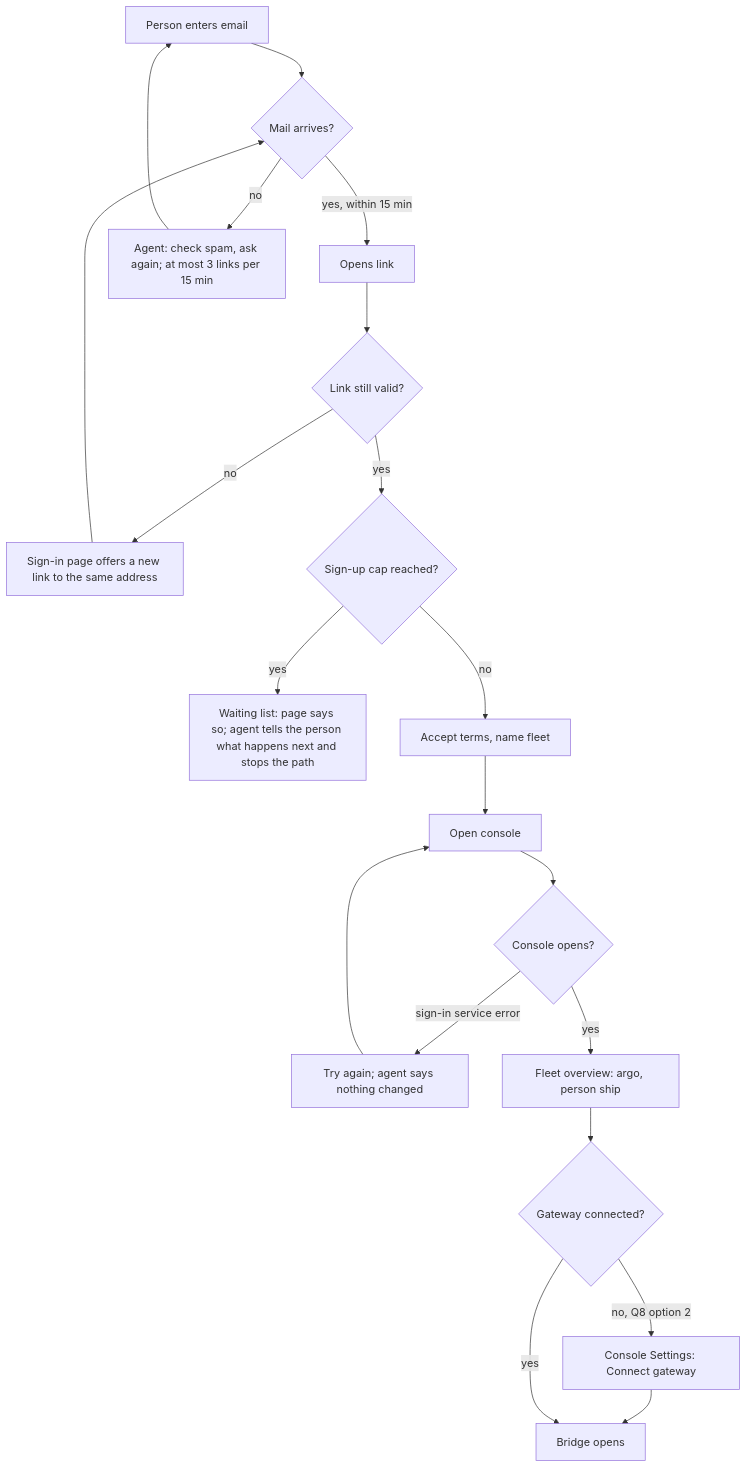
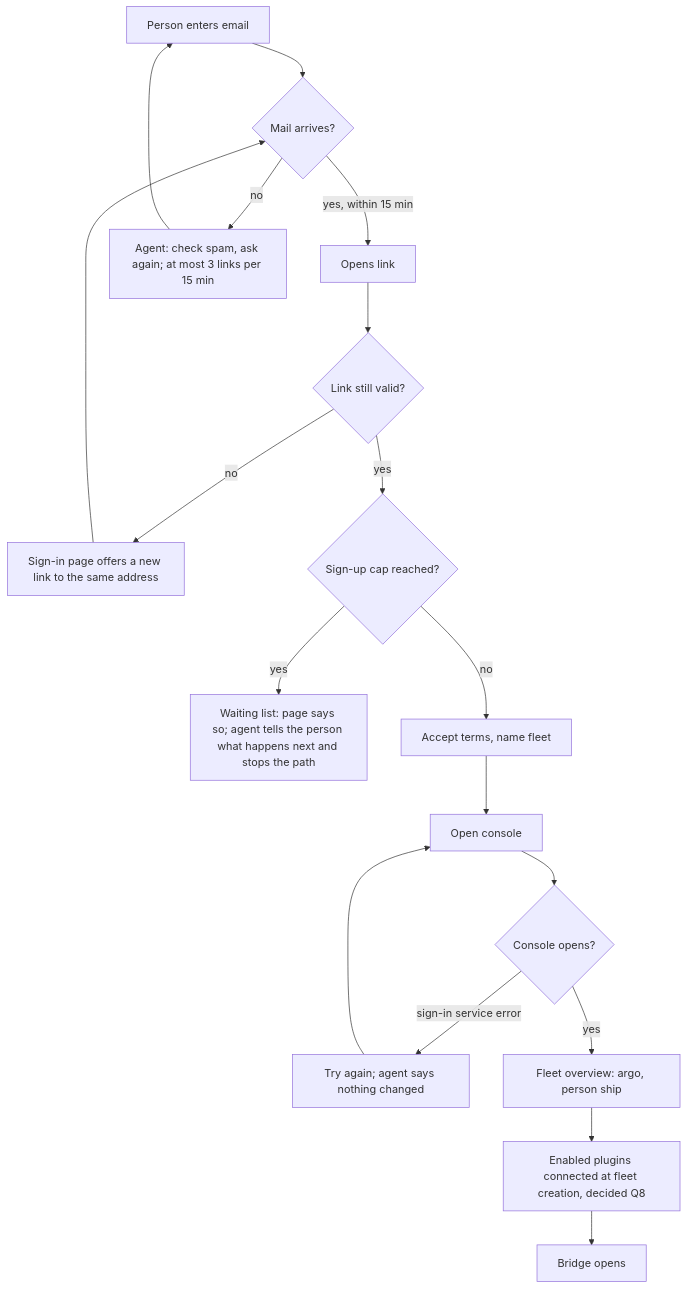
One commit to ThomasHendrickx/aeolus-fleet changed the first of 9 diagrams in docs/design/hosted-onboarding/README.md. Above: the diagram before and after it, drawn with Mermaid. The commit also changed other lines of this file and 310 other files, not shown here.

````diff
--- a/docs/design/hosted-onboarding/README.md
+++ b/docs/design/hosted-onboarding/README.md
@@ -111,19 +111,18 @@
 ```mermaid
 flowchart TD
     a[Person enters email] --> b{Mail arrives?}
     b -->|yes, within 15 min| c[Opens link]
     b -->|no| b1[Agent: check spam, ask again; at most 3 links per 15 min]
     b1 --> a
     c --> d{Link still valid?}
     d -->|no| d1[Sign-in page offers a new link to the same address] --> b
     d -->|yes| e{Sign-up cap reached?}
     e -->|yes| e1[Waiting list: page says so; agent tells the person what happens next and stops the path]
     e -->|no| f[Accept terms, name fleet]
     f --> g[Open console]
     g --> h{Console opens?}
     h -->|sign-in service error| h1[Try again; agent says nothing changed] --> g
     h -->|yes| i[Fleet overview: argo, person ship]
-    i --> j{Gateway connected?}
-    j -->|no, Q8 option 2| j1[Console Settings: Connect gateway] --> k
-    j -->|yes| k[Bridge opens]
+    i --> j[Enabled plugins connected at fleet creation, decided Q8]
+    j --> k[Bridge opens]
 ```
````
